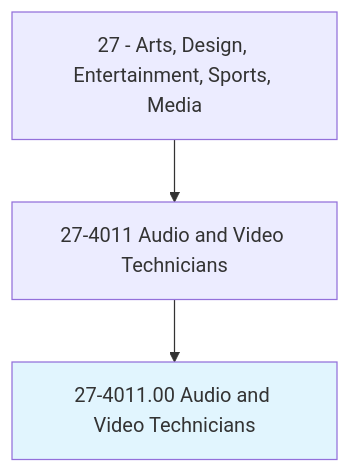
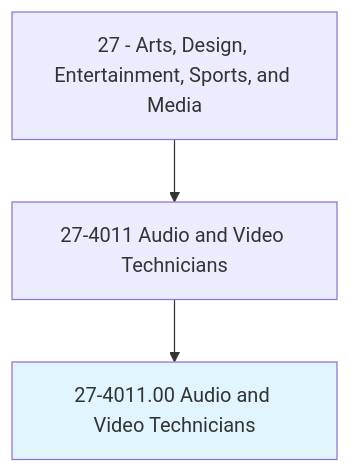
One commit to kziemski/business.org.ai changed the first of 4 diagrams in occupations/ArtsMedia/AudioAndVideoTechnicians.mdx. Above: the diagram before and after it, drawn with Mermaid. The commit also changed other lines of this file and 938 other files, not shown here.

````diff
--- a/occupations/ArtsMedia/AudioAndVideoTechnicians.mdx
+++ b/occupations/ArtsMedia/AudioAndVideoTechnicians.mdx
@@ -19,6 +23,6 @@
 ```mermaid
 graph TD
-    Cat27["27 - Arts, Design, Entertainment, Sports, Media"] --> Group274011["27-4011 Audio and Video Technicians"]
+    Cat27["27 - Arts, Design, Entertainment, Sports, and Media"] --> Group274011["27-4011 Audio and Video Technicians"]
     Group274011 --> Current["27-4011.00 Audio and Video Technicians"]
     style Current fill:#e1f5fe
 ```
````
